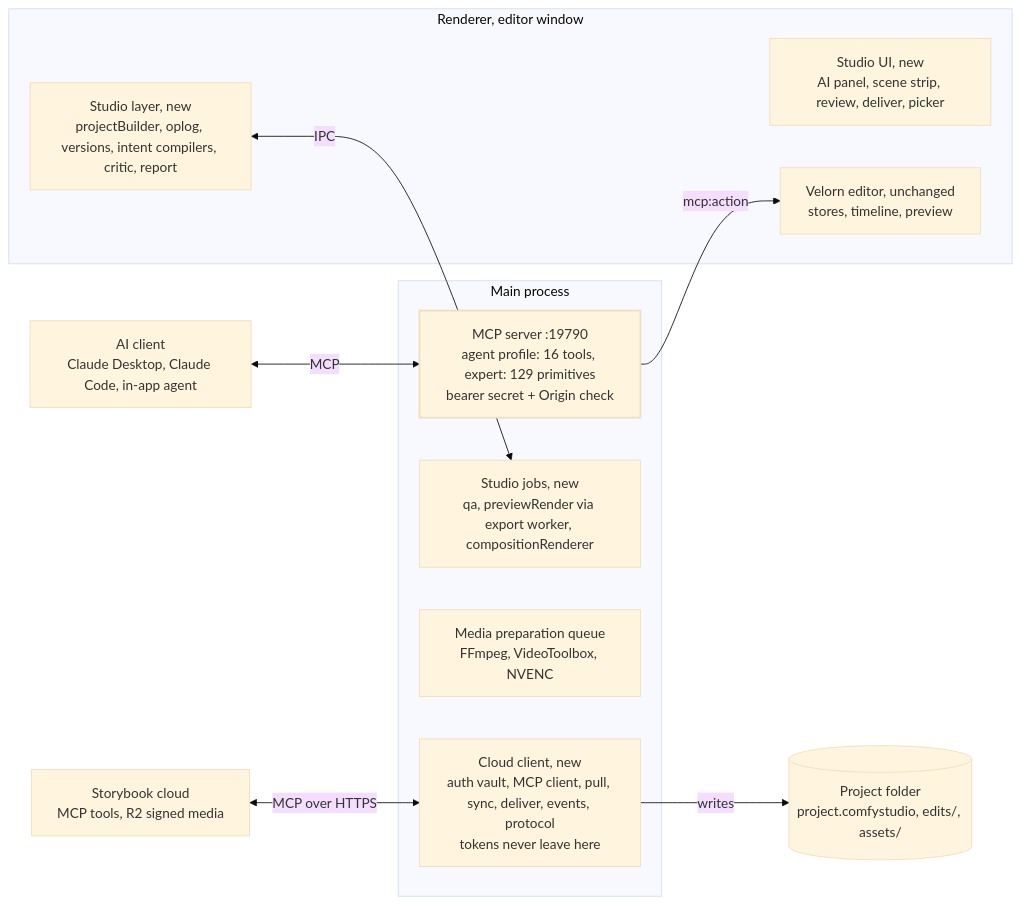
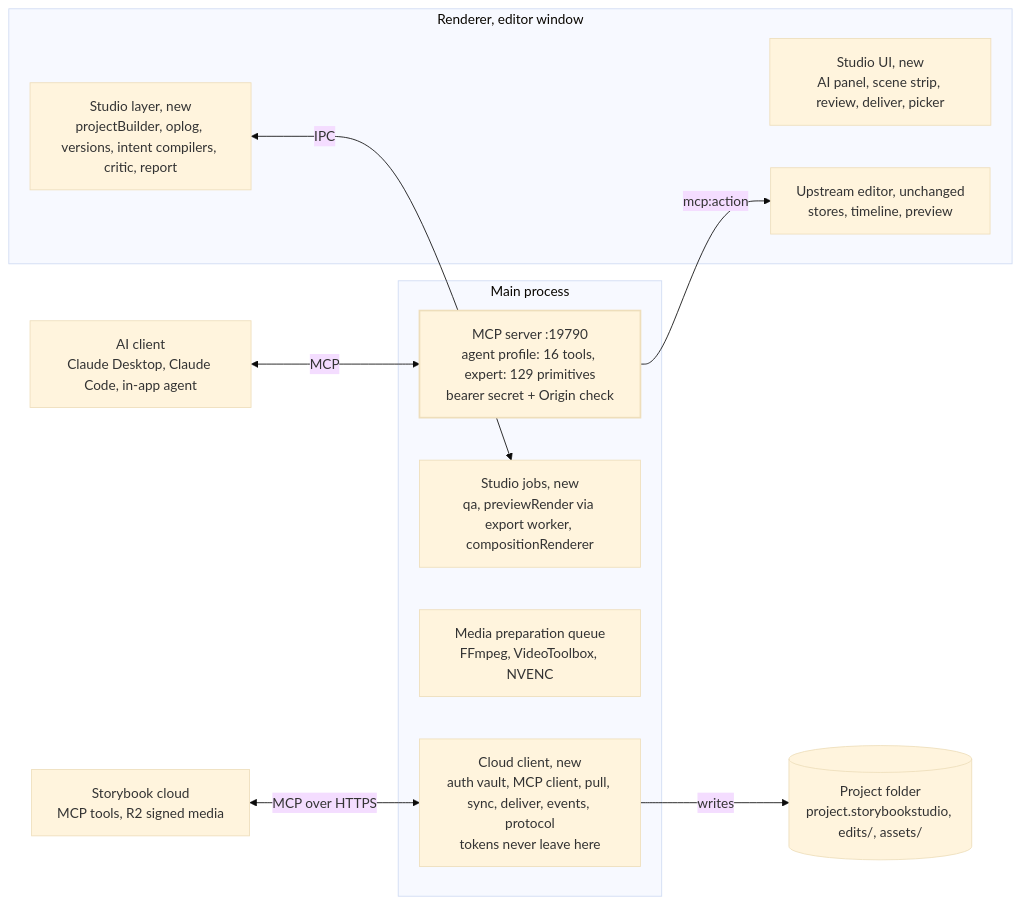
One commit to aroundAI/storybook changed the second of 2 diagrams in specs/phase-20-storybookstudio/PRD-EDD.md. Above: the diagram before and after it, drawn with Mermaid (base theme). The commit also changed other lines of this file and 15 other files, not shown here.

````diff
--- a/specs/phase-20-storybookstudio/PRD-EDD.md
+++ b/specs/phase-20-storybookstudio/PRD-EDD.md
@@ -342,23 +342,23 @@
 ```mermaid
 flowchart LR
   SB[Storybook cloud<br/>MCP tools, R2 signed media]
-  FOLDER[(Project folder<br/>project.comfystudio, edits/, assets/)]
+  FOLDER[(Project folder<br/>project.storybookstudio, edits/, assets/)]
   AI[AI client<br/>Claude Desktop, Claude Code, in-app agent]
   subgraph Main[Main process]
     CC[Cloud client, new<br/>auth vault, MCP client, pull, sync, deliver, events, protocol<br/>tokens never leave here]
     JOBS[Studio jobs, new<br/>qa, previewRender via export worker, compositionRenderer]
     PREP[Media preparation queue<br/>FFmpeg, VideoToolbox, NVENC]
     MCP[MCP server :19790<br/>agent profile: 16 tools, expert: 129 primitives<br/>bearer secret + Origin check]
   end
   subgraph Renderer[Renderer, editor window]
     UI[Studio UI, new<br/>AI panel, scene strip, review, deliver, picker]
     LAYER[Studio layer, new<br/>projectBuilder, oplog, versions, intent compilers, critic, report]
-    ED[Velorn editor, unchanged<br/>stores, timeline, preview]
+    ED[Upstream editor, unchanged<br/>stores, timeline, preview]
   end
   SB <-->|MCP over HTTPS| CC
   CC -->|writes| FOLDER
   AI <-->|MCP| MCP
   MCP -->|mcp:action| ED
   LAYER <-->|IPC| JOBS
   style MCP stroke-width:2px
 ```
````
